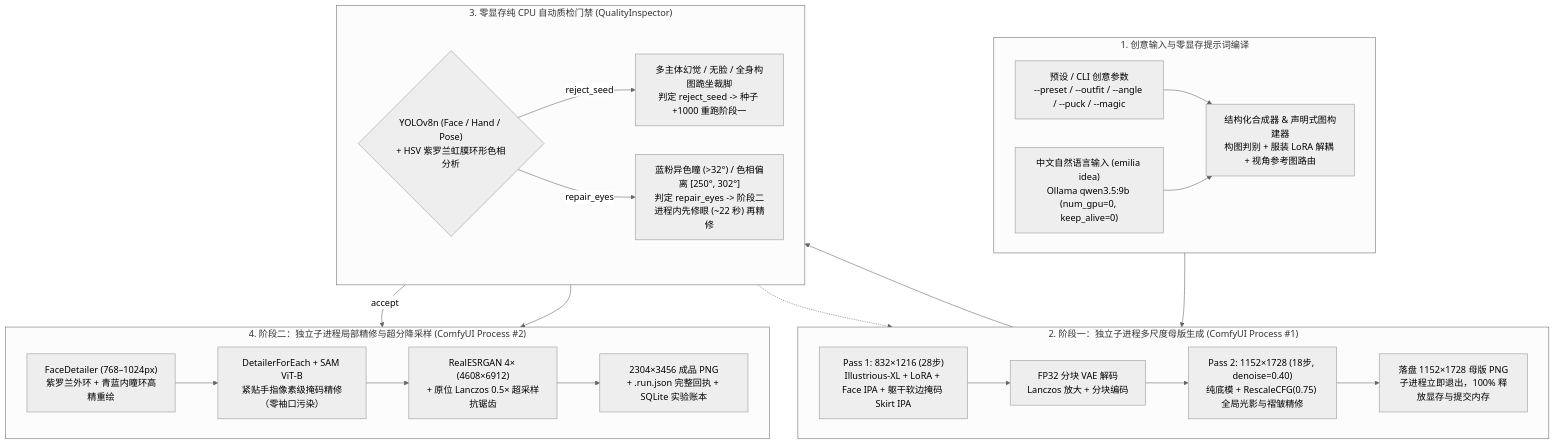
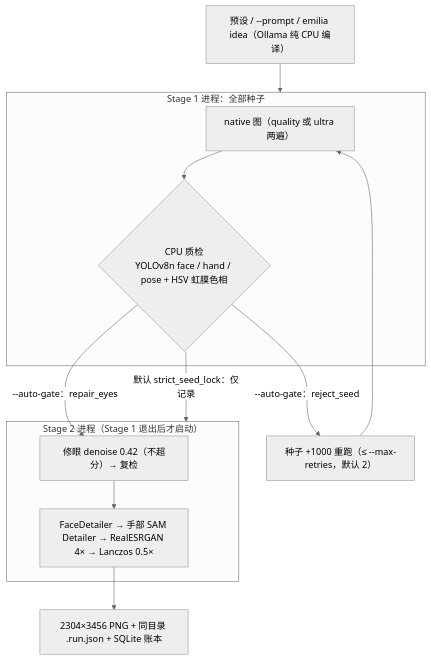
The diagram in README.md (just1cez/emilia_studio), drawn with Mermaid (neutral theme) before and after one commit. The commit also changed other lines of this file and 5 other files, not shown here.

````diff
--- a/README.md
+++ b/README.md
@@ -25,43 +43,15 @@
 ```mermaid
 flowchart TB
-    subgraph L1["1. 创意输入与零显存提示词编译"]
-        direction LR
-        IN1["预设 / CLI 创意参数<br/>--preset / --outfit / --angle / --puck / --magic"]
-        IN2["中文自然语言输入 (emilia idea)<br/>Ollama qwen3.5:9b (num_gpu=0, keep_alive=0)"]
-        COMP["结构化合成器 & 声明式图构建器<br/>构图判别 + 服装 LoRA 解耦 + 视角参考图路由"]
-        IN1 & IN2 --> COMP
+    IN["预设 / --prompt / emilia idea（Ollama 纯 CPU 编译）"] --> S1
+    subgraph S1["Stage 1 进程：全部种子"]
+        N["native 图（quality 或 ultra 两遍）"] --> G{"CPU 质检<br/>YOLOv8n face / hand / pose + HSV 虹膜色相"}
     end
-
-    subgraph L2["2. 阶段一：独立子进程多尺度母版生成 (ComfyUI Process #1)"]
-        direction LR
-        P1["Pass 1: 832×1216 (28步)<br/>Illustrious-XL + LoRA + Face IPA + 躯干软边掩码 Skirt IPA"]
-        BR["FP32 分块 VAE 解码<br/>Lanczos 放大 + 分块编码"]
-        P2["Pass 2: 1152×1728 (18步, denoise=0.40)<br/>纯底模 + RescaleCFG(0.75) 全局光影与褶皱精修"]
-        EXIT1["落盘 1152×1728 母版 PNG<br/>子进程立即退出，100% 释放显存与提交内存"]
-        P1 --> BR --> P2 --> EXIT1
+    G -- "默认 strict_seed_lock：仅记录" --> S2
+    G -- "--auto-gate：reject_seed" --> R["种子 +1000 重跑（≤ --max-retries，默认 2）"] --> N
+    G -- "--auto-gate：repair_eyes" --> E
+    subgraph S2["Stage 2 进程（Stage 1 退出后才启动）"]
+        E["修眼 denoise 0.42（不超分）→ 复检"] --> F
+        F["FaceDetailer → 手部 SAM Detailer → RealESRGAN 4× → Lanczos 0.5×"]
     end
-
-    subgraph L3["3. 零显存纯 CPU 自动质检门禁 (QualityInspector)"]
-        direction LR
-        GATE{"YOLOv8n (Face / Hand / Pose)<br/>+ HSV 紫罗兰虹膜环形色相分析"}
-        REJ["多主体幻觉 / 无脸 / 全身构图跪坐裁脚<br/>判定 reject_seed -> 种子 +1000 重跑阶段一"]
-        EYE["蓝粉异色瞳 (>32°) / 色相偏离 [250°, 302°]<br/>判定 repair_eyes -> 阶段二进程内先修眼 (~22 秒) 再精修"]
-        GATE -- "reject_seed" --> REJ
-        GATE -- "repair_eyes" --> EYE
-    end
-
-    subgraph L4["4. 阶段二：独立子进程局部精修与超分降采样 (ComfyUI Process #2)"]
-        direction LR
-        FD["FaceDetailer (768–1024px)<br/>紫罗兰外环 + 青蓝内瞳环高精重绘"]
-        HD["DetailerForEach + SAM ViT-B<br/>紧贴手指像素级掩码精修（零袖口污染）"]
-        UP["RealESRGAN 4× (4608×6912)<br/>+ 原位 Lanczos 0.5× 超采样抗锯齿"]
-        OUT["2304×3456 成品 PNG<br/>+ .run.json 完整回执 + SQLite 实验账本"]
-        FD --> HD --> UP --> OUT
-    end
-
-    COMP --> P1
-    EXIT1 --> GATE
-    REJ -.-> P1
-    GATE -- "accept" --> FD
-    EYE --> FD
+    F --> O["2304×3456 PNG + 同目录 .run.json + SQLite 账本"]
 ```
````
